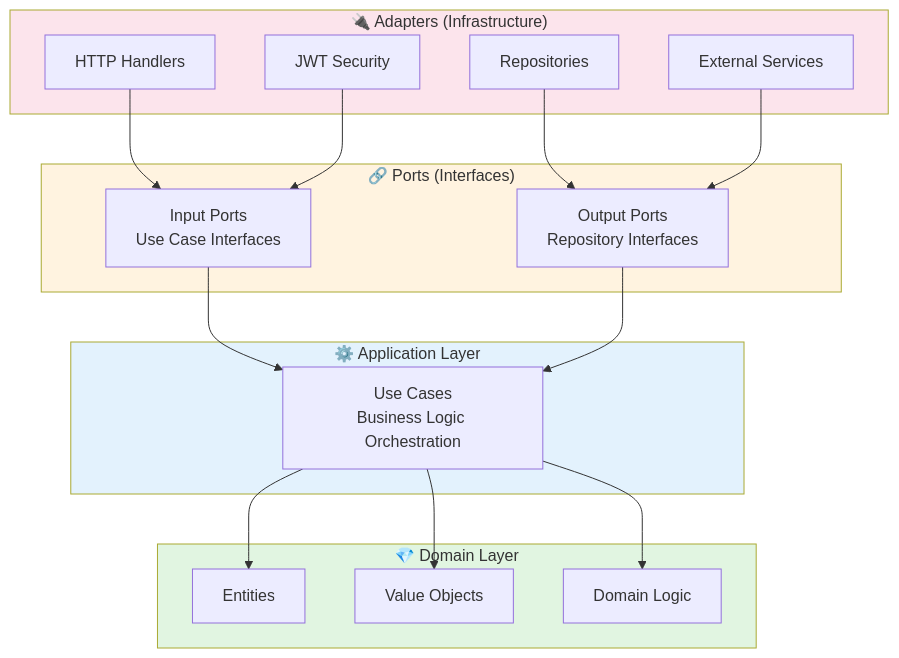
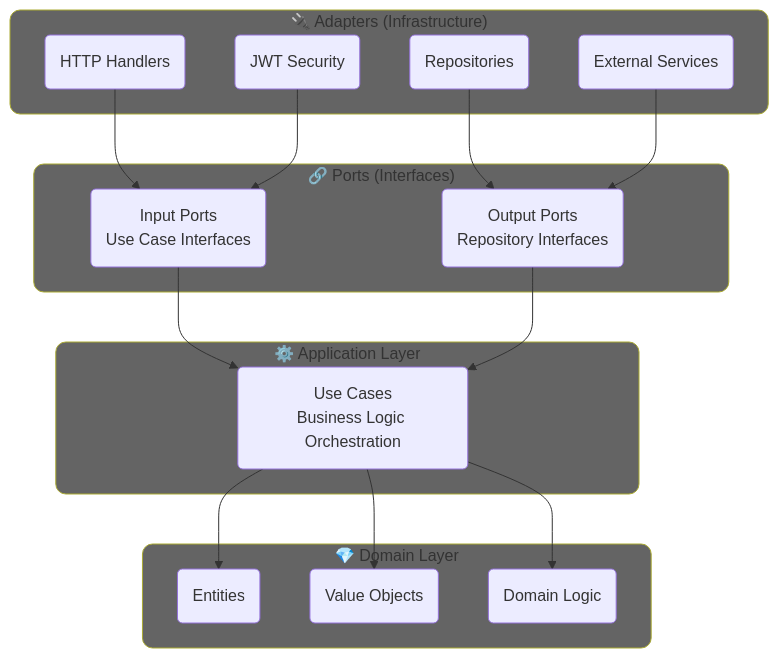
One commit to davidgaspardev/usermes-backend changed the first of 3 diagrams in README.md. Above: the diagram before and after it, drawn with Mermaid. The commit also changed other lines of this file and 1 other file, not shown here.

First paragraph of the commit message:
Develop (#28)
* Backport (#17)

````diff
--- a/README.md
+++ b/README.md
@@ -32,39 +32,44 @@
 ```mermaid
 graph TB
     subgraph Adapters["🔌 Adapters (Infrastructure)"]
-        HTTP[HTTP Handlers]
-        DB[Repositories]
-        JWT[JWT Security]
-        EXT[External Services]
+        HTTP(HTTP Handlers)
+        DB(Repositories)
+        JWT(JWT Security)
+        EXT(External Services)
     end
     
     subgraph Ports["🔗 Ports (Interfaces)"]
-        INPUT[Input Ports<br/>Use Case Interfaces]
-        OUTPUT[Output Ports<br/>Repository Interfaces]
+        INPUT(Input Ports<br/>Use Case Interfaces)
+        OUTPUT(Output Ports<br/>Repository Interfaces)
     end
     
     subgraph Application["⚙️ Application Layer"]
-        UC[Use Cases<br/>Business Logic Orchestration]
+        UC(Use Cases<br/>Business Logic Orchestration)
     end
     
     subgraph Domain["💎 Domain Layer"]
-        ENT[Entities]
-        VO[Value Objects]
-        LOGIC[Domain Logic]
+        ENT(Entities)
+        VO(Value Objects)
+        LOGIC(Domain Logic)
     end
     
     HTTP --> INPUT
     DB --> OUTPUT
     JWT --> INPUT
     EXT --> OUTPUT
     INPUT --> UC
     OUTPUT --> UC
     UC --> ENT
     UC --> VO
     UC --> LOGIC
+
+    style Domain rx:10px,ry:10px
+    style Application rx:10px,ry:10px
+    style Ports rx:10px,ry:10px
+    style Adapters rx:10px,ry:10px
     
-    style Domain fill:#e1f5e1
-    style Application fill:#e3f2fd
-    style Ports fill:#fff3e0
-    style Adapters fill:#fce4ec
+    style Domain fill:#646464
+    style Application fill:#646464
+    style Ports fill:#646464
+    style Adapters fill:#646464
 ```
````
